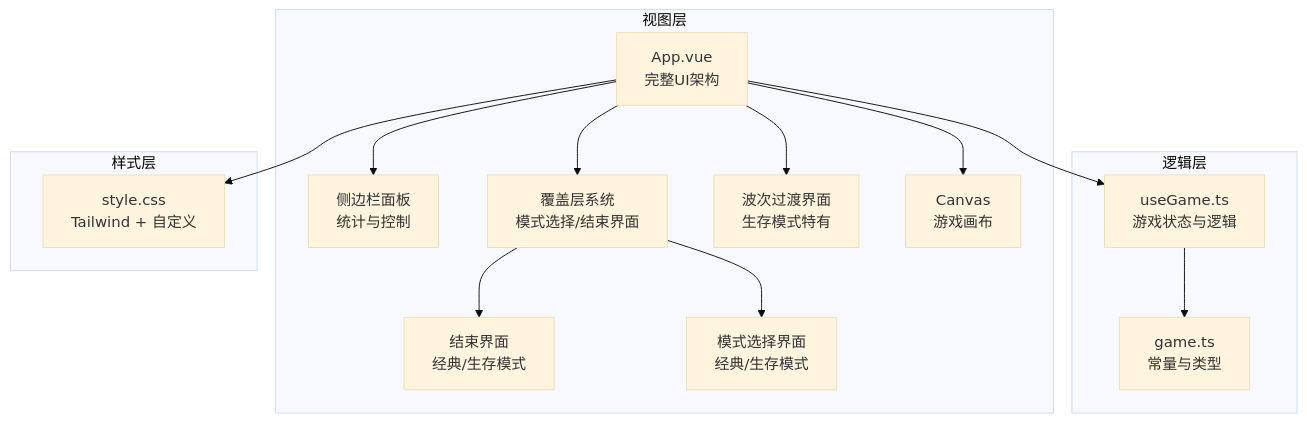
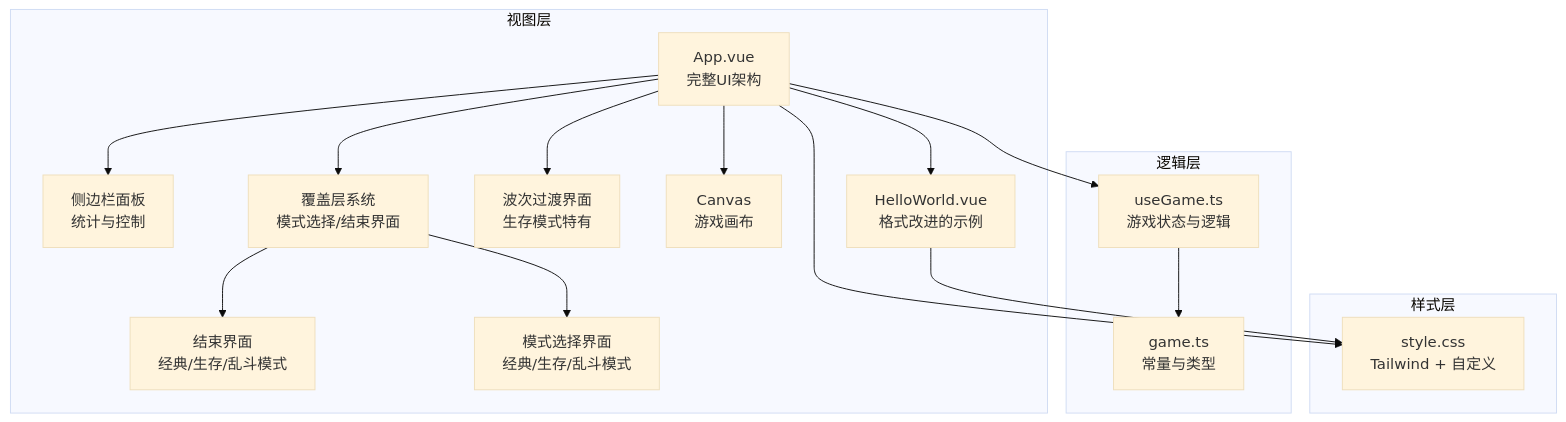
Before and after one commit to mrancc/reimagined-journey: the second of 5 diagrams in .qoder/repowiki/zh/content/核心架构/Vue 组件架构.md, drawn with Mermaid (base theme). The commit also changed other lines of this file and 3 other files, not shown here.

````diff
--- a/.qoder/repowiki/zh/content/核心架构/Vue 组件架构.md
+++ b/.qoder/repowiki/zh/content/核心架构/Vue 组件架构.md
@@ -104,28 +108,31 @@
 ```mermaid
 graph TB
 subgraph "视图层"
 Root["App.vue<br/>完整UI架构"]
 Sidebar["侧边栏面板<br/>统计与控制"]
 Overlay["覆盖层系统<br/>模式选择/结束界面"]
 WaveOverlay["波次过渡界面<br/>生存模式特有"]
 Canvas["Canvas<br/>游戏画布"]
-EndPanel["结束界面<br/>经典/生存模式"]
-ModeSelect["模式选择界面<br/>经典/生存模式"]
+EndPanel["结束界面<br/>经典/生存/乱斗模式"]
+ModeSelect["模式选择界面<br/>经典/生存/乱斗模式"]
+HelloWorld["HelloWorld.vue<br/>格式改进的示例"]
 end
 subgraph "逻辑层"
 Composable["useGame.ts<br/>游戏状态与逻辑"]
 Types["game.ts<br/>常量与类型"]
 end
 subgraph "样式层"
 Style["style.css<br/>Tailwind + 自定义"]
 end
 Root --> Sidebar
 Root --> Overlay
 Root --> WaveOverlay
 Root --> Canvas
 Root --> Style
 Root --> Composable
+Root --> HelloWorld
 Composable --> Types
 Overlay --> ModeSelect
 Overlay --> EndPanel
+HelloWorld --> Style
 ```
````
